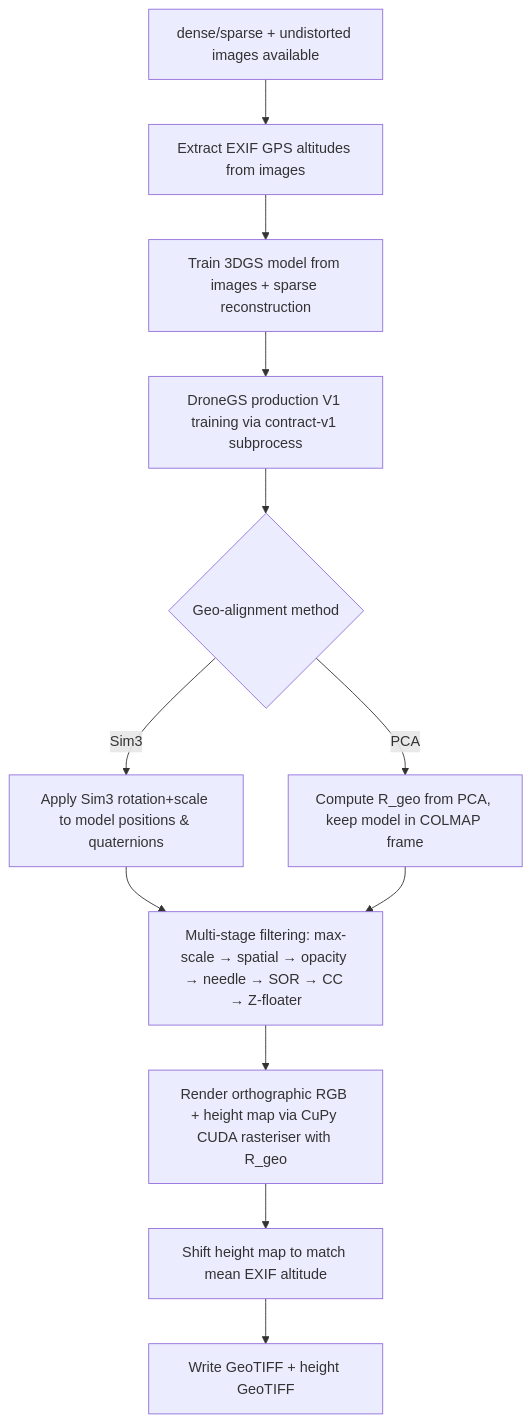
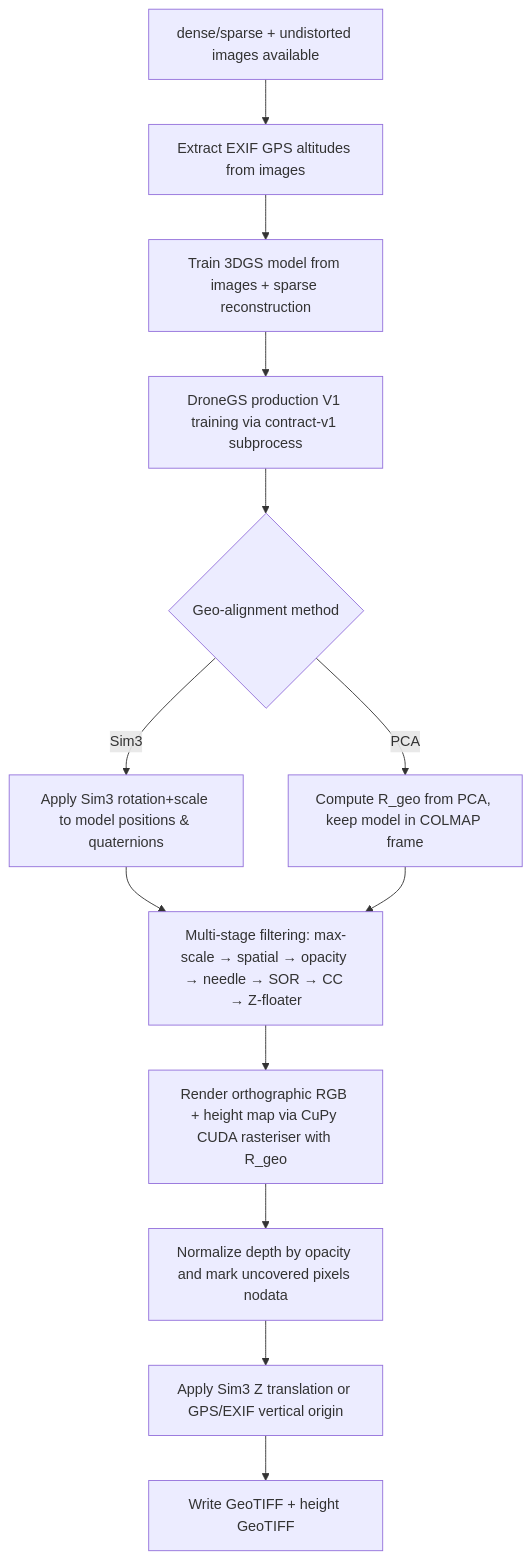
One commit to olivelb/DroneAI changed the fourth of 7 diagrams in DOCUMENTATION.md. Above: the diagram before and after it, drawn with Mermaid. The commit also changed other lines of this file and 79 other files, not shown here.

````diff
--- a/DOCUMENTATION.md
+++ b/DOCUMENTATION.md
@@ -1212,14 +1269,15 @@
 ```mermaid
 flowchart TD
   A[dense/sparse + undistorted images available] --> C0[Extract EXIF GPS altitudes from images]
   C0 --> C[Train 3DGS model from images + sparse reconstruction]
   C --> C1[DroneGS production V1 training via contract-v1 subprocess]
   C1 --> C2{Geo-alignment method}
   C2 -->|Sim3| D1[Apply Sim3 rotation+scale to model positions & quaternions]
   C2 -->|PCA| D2[Compute R_geo from PCA, keep model in COLMAP frame]
   D1 --> D[Multi-stage filtering: max-scale → spatial → opacity → needle → SOR → CC → Z-floater]
   D2 --> D
   D --> E[Render orthographic RGB + height map via CuPy CUDA rasteriser with R_geo]
-  E --> E1[Shift height map to match mean EXIF altitude]
-  E1 --> H[Write GeoTIFF + height GeoTIFF]
+  E --> E1[Normalize depth by opacity and mark uncovered pixels nodata]
+  E1 --> E2[Apply Sim3 Z translation or GPS/EXIF vertical origin]
+  E2 --> H[Write GeoTIFF + height GeoTIFF]
 ```
````
